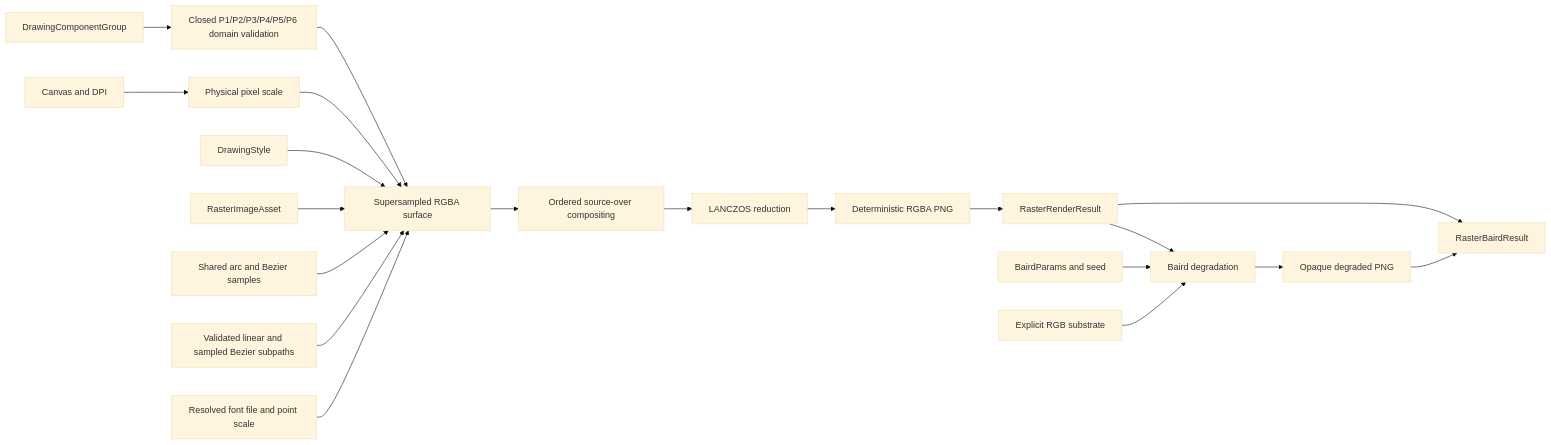
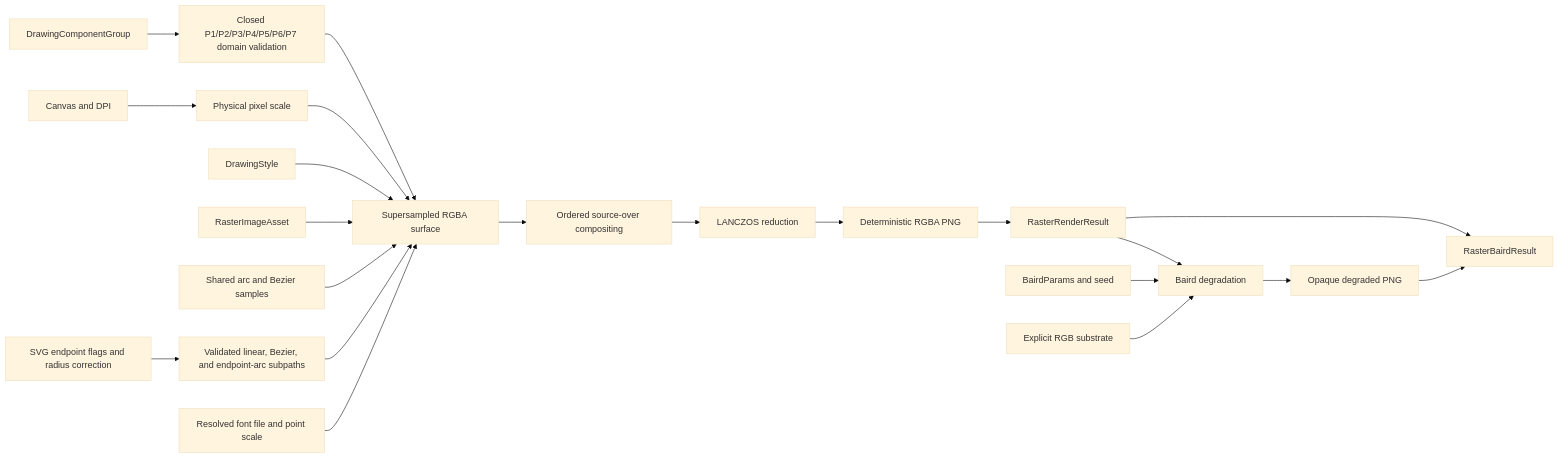
The diagram in docs/diagrams/raster-renderer.mmd (cmill32405/InkGen), drawn with Mermaid (base theme) before and after one commit. The commit also changed 13 other files, not shown here.

Commit message:
Add raster SVG path arc support

```diff
--- a/docs/diagrams/raster-renderer.mmd
+++ b/docs/diagrams/raster-renderer.mmd
@@ -1,20 +1,21 @@
 flowchart LR
-    Group[DrawingComponentGroup] --> Validate[Closed P1/P2/P3/P4/P5/P6 domain validation]
+    Group[DrawingComponentGroup] --> Validate[Closed P1/P2/P3/P4/P5/P6/P7 domain validation]
     Canvas[Canvas and DPI] --> Scale[Physical pixel scale]
     Validate --> Surface[Supersampled RGBA surface]
     Scale --> Surface
     Style[DrawingStyle] --> Surface
     Assets[RasterImageAsset] --> Surface
     Curves[Shared arc and Bezier samples] --> Surface
-    Paths[Validated linear and sampled Bezier subpaths] --> Surface
+    Paths[Validated linear, Bezier, and endpoint-arc subpaths] --> Surface
+    ArcFlags[SVG endpoint flags and radius correction] --> Paths
     Font[Resolved font file and point scale] --> Surface
     Surface --> Composite[Ordered source-over compositing]
     Composite --> Reduce[LANCZOS reduction]
     Reduce --> PNG[Deterministic RGBA PNG]
     PNG --> Result[RasterRenderResult]
     Result --> Pair[RasterBairdResult]
     Result --> Baird[Baird degradation]
     Params[BairdParams and seed] --> Baird
     Substrate[Explicit RGB substrate] --> Baird
     Baird --> Scan[Opaque degraded PNG]
     Scan --> Pair
```
